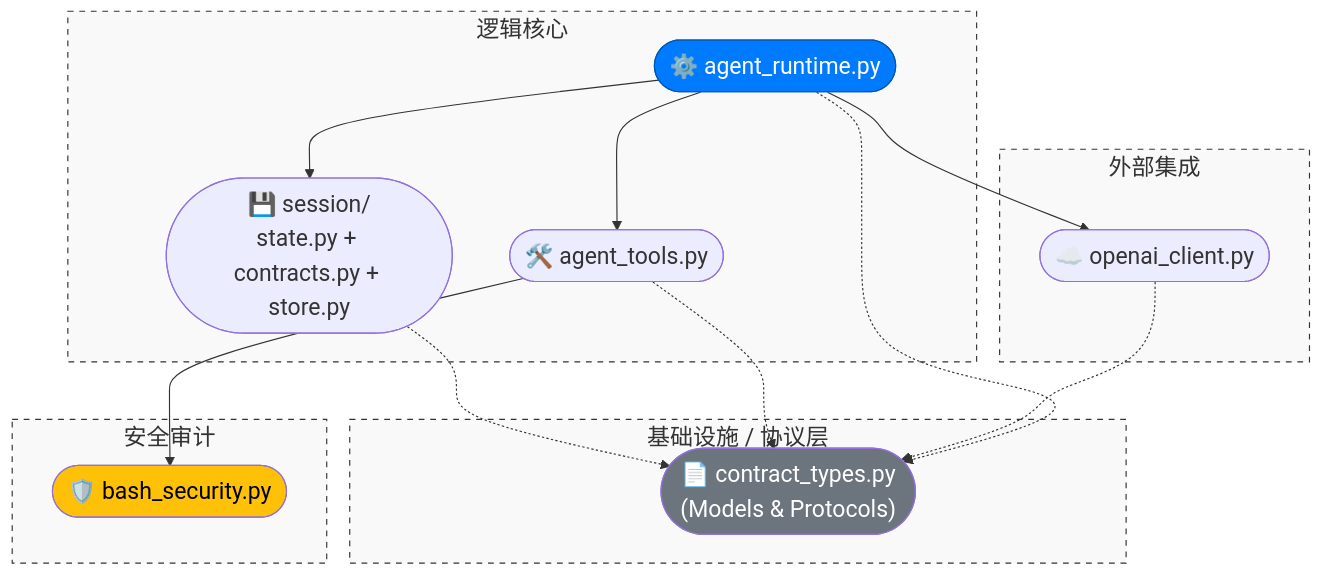
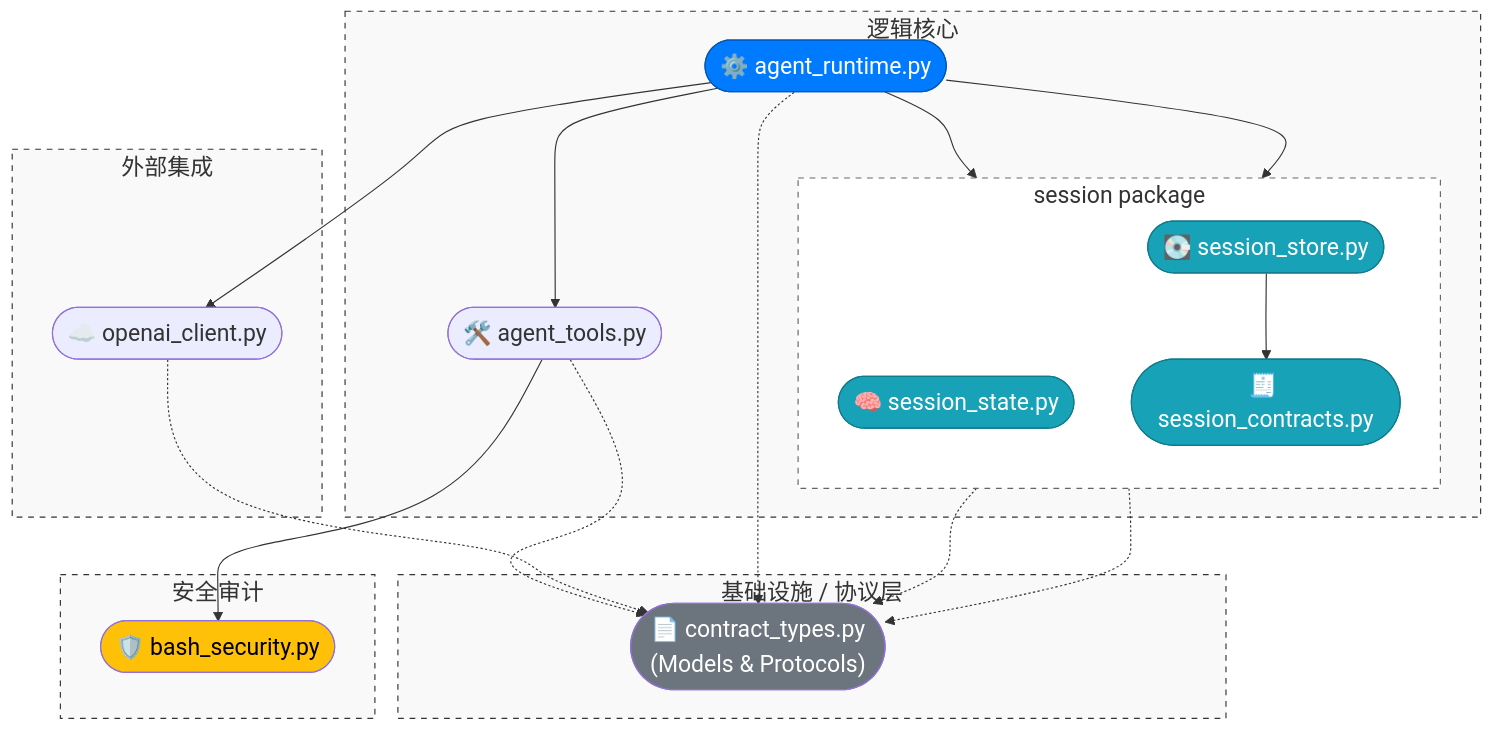
The diagram in docs/Architecture.md (WenXingming/ClawCodeAgent), drawn with Mermaid before and after one commit. The commit also changed other lines of this file and 12 other files, not shown here.

````diff
--- a/docs/Architecture.md
+++ b/docs/Architecture.md
@@ -11,58 +11,72 @@
 ```mermaid
 %%{init: {
     "theme": "default",
     "themeVariables": {
         "fontFamily": "Times New Roman",
         "fontSize": "20px"
     },
     "flowchart": {
         "curve": "basis" 
     }
 }}%%
 
 graph TD
     %% 全局样式设置
     accTitle: Agent System Architecture
     accDescr: A diagram showing the module dependencies of an AI agent system.
 
     %% 模块分组
     subgraph Infrastructure [基础设施 / 协议层]
         n_contract(["📄 contract_types.py<br/>(Models & Protocols)"])
         style Infrastructure fill:#f9f9f9,stroke:#333,stroke-dasharray: 5 5
     end
 
     subgraph Security [安全审计]
         n_bash_security(["🛡️ bash_security.py"])
         style Security fill:#f9f9f9,stroke:#333,stroke-dasharray: 5 5
     end
 
     subgraph External [外部集成]
         n_openai(["☁️ openai_client.py"])
         style External fill:#f9f9f9,stroke:#333,stroke-dasharray: 5 5
     end
 
     subgraph Core [逻辑核心]
         n_runtime(["⚙️ agent_runtime.py"])
-        n_session_pkg(["💾 session/<br/>state.py + contracts.py + store.py"])
         n_tools(["🛠️ agent_tools.py"])
+
+        subgraph SessionPkg [session package]
+            direction TB
+            n_session_state(["🧠 session_state.py"])
+            n_session_contracts(["🧾 session_contracts.py"])
+            n_session_store(["💽 session_store.py"])
+        end
+
         style Core fill:#f9f9f9,stroke:#333,stroke-dasharray: 5 5
     end
 
     %% 业务逻辑依赖 (实线)
-    n_runtime --> n_session_pkg
+    n_runtime --> n_session_state
+    n_runtime --> n_session_store
+    n_session_store --> n_session_contracts
     n_runtime --> n_tools
     n_runtime --> n_openai
     
     n_tools --> n_bash_security
     
     %% 数据协议依赖 (虚线，避免视觉干扰)
-    n_session_pkg -.-> n_contract
+    n_session_state -.-> n_contract
+    n_session_contracts -.-> n_contract
     n_tools -.-> n_contract
     n_openai -.-> n_contract
     n_runtime -.-> n_contract
 
     %% 自定义节点颜色 (继承你原有的配色)
     style n_runtime fill:#007bff,color:#fff,stroke:#0056b3
     style n_contract fill:#6c757d,color:#fff
     style n_bash_security fill:#ffc107,color:#000
+    style SessionPkg fill:#ffffff,stroke:#666,stroke-dasharray: 5 5
+    style n_session_state fill:#17a2b8,color:#fff,stroke:#117a8b
+    style n_session_contracts fill:#17a2b8,color:#fff,stroke:#117a8b
+    style n_session_store fill:#17a2b8,color:#fff,stroke:#117a8b
 ```
````
